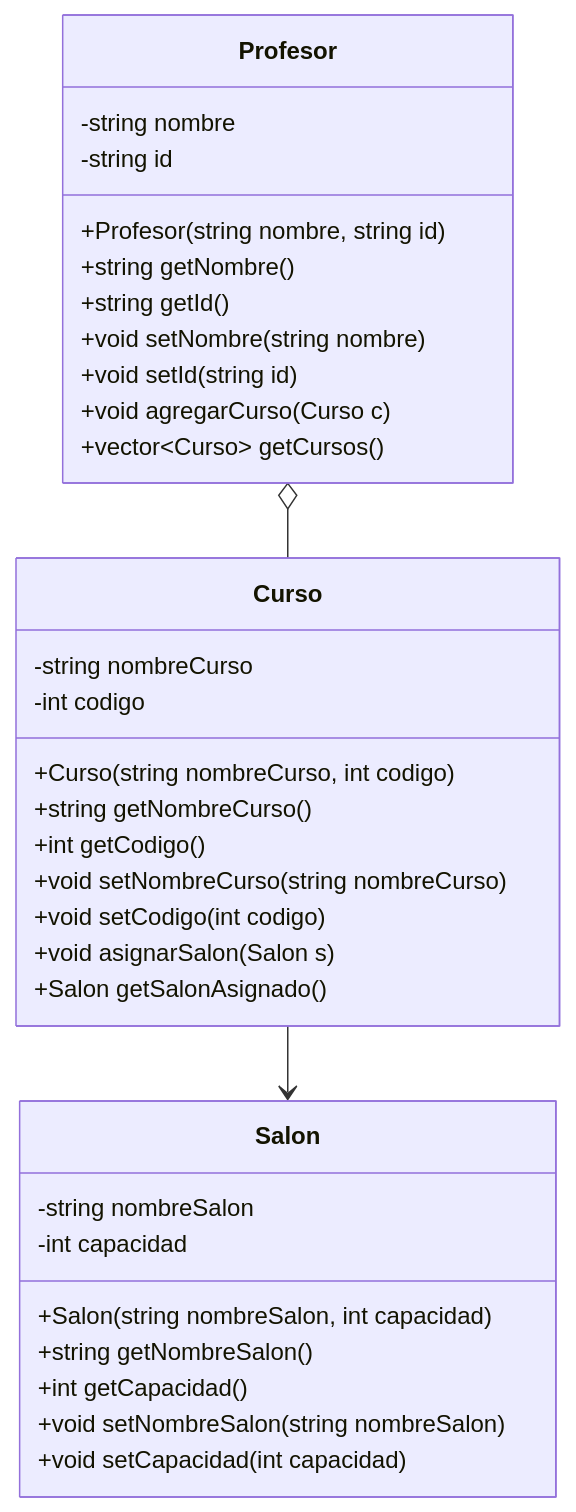
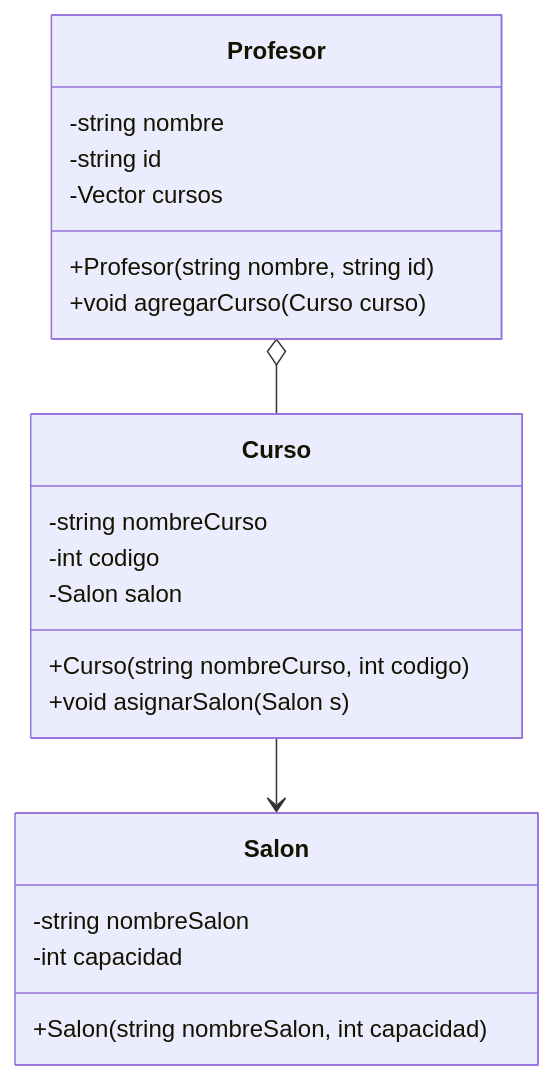
The third of 3 diagrams in 4. PrimeraCod.md (lufe089/POO), drawn with Mermaid before and after one commit. The commit also changed other lines of this file, not shown here.

````diff
--- a/4. PrimeraCod.md
+++ b/4. PrimeraCod.md
@@ -652,39 +693,28 @@
 ```mermaid
 classDiagram
     class Profesor {
         -string nombre
         -string id
+        -Vector cursos
         +Profesor(string nombre, string id)
-        +string getNombre()
-        +string getId()
-        +void setNombre(string nombre)
-        +void setId(string id)
-        +void agregarCurso(Curso c)
-        +vector~Curso~ getCursos()
+        +void agregarCurso(Curso curso)
     }
 
     class Curso {
         -string nombreCurso
         -int codigo
+        -Salon salon
         +Curso(string nombreCurso, int codigo)
-        +string getNombreCurso()
-        +int getCodigo()
-        +void setNombreCurso(string nombreCurso)
-        +void setCodigo(int codigo)
         +void asignarSalon(Salon s)
-        +Salon getSalonAsignado()
     }
 
     class Salon {
         -string nombreSalon
         -int capacidad
+
         +Salon(string nombreSalon, int capacidad)
-        +string getNombreSalon()
-        +int getCapacidad()
-        +void setNombreSalon(string nombreSalon)
-        +void setCapacidad(int capacidad)
     }
 
     Profesor o-- Curso 
     Curso --> Salon 
 ```
````
